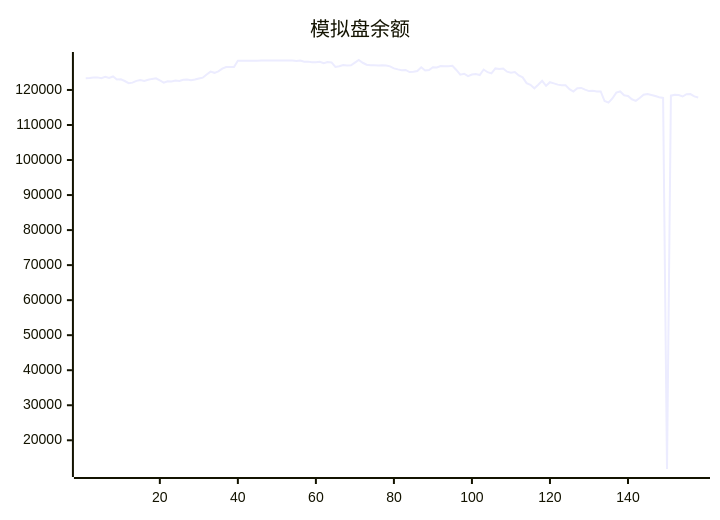
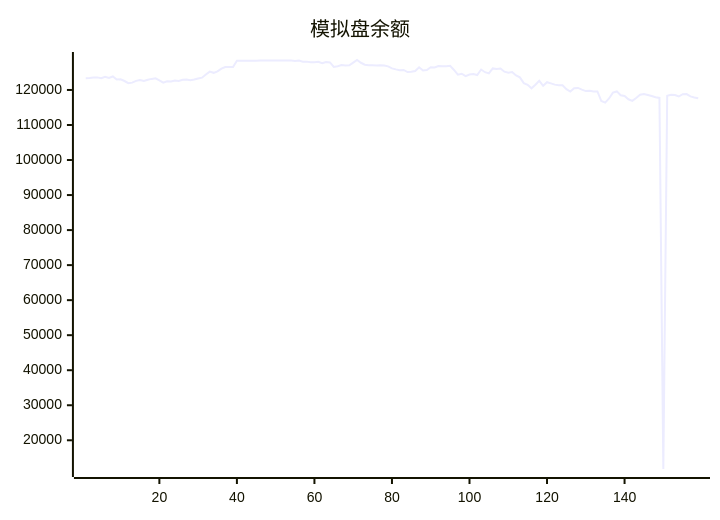
The diagram in README.md (aahl/ai-trading), drawn with Mermaid before and after one commit. The commit also changed other lines of this file and 1 other file, not shown here.

````diff
--- a/README.md
+++ b/README.md
@@ -5,5 +5,5 @@
 ```mermaid
 xychart
     title "模拟盘余额"
-    line [123338,123402,123530,123592,123378,123745,123413,123853,123009,123040,122557,121938,122095,122599,122856,122597,122898,123160,123319,122719,122087,122454,122416,122685,122592,122907,122961,122776,122981,123295,123507,124403,125224,124894,125303,126088,126544,126534,126549,128335,128318,128318,128318,128318,128318,128424,128424,128424,128424,128424,128424,128424,128424,128424,128247,128412,128062,128087,127917,127901,128026,127611,128000,127850,126572,126770,127100,126971,127029,127783,128554,127765,127224,127064,127044,127009,127025,127004,126738,126152,125871,125635,125707,125117,125217,125420,126480,125545,125715,126511,126424,126856,126764,126788,126890,125710,124381,124632,123936,124402,124574,124256,125833,125070,124739,126154,125966,126145,125213,124943,125143,124157,123604,121959,121476,120476,121470,122610,121201,122221,121889,121522,121332,121344,120232,119559,120513,120577,120108,119680,119777,119572,119568,116839,116392,117573,119250,119585,118469,118277,117338,116897,117706,118628,118849,118579,118280,117926,117735,11802,118373,118639,118544,118136,118798,118819,118162,117874]
+    line [123338,123402,123530,123592,123378,123745,123413,123853,123009,123040,122557,121938,122095,122599,122856,122597,122898,123160,123319,122719,122087,122454,122416,122685,122592,122907,122961,122776,122981,123295,123507,124403,125224,124894,125303,126088,126544,126534,126549,128335,128318,128318,128318,128318,128318,128424,128424,128424,128424,128424,128424,128424,128424,128424,128247,128412,128062,128087,127917,127901,128026,127611,128000,127850,126572,126770,127100,126971,127029,127783,128554,127765,127224,127064,127044,127009,127025,127004,126738,126152,125871,125635,125707,125117,125217,125420,126480,125545,125715,126511,126424,126856,126764,126788,126890,125710,124381,124632,123936,124402,124574,124256,125833,125070,124739,126154,125966,126145,125213,124943,125143,124157,123604,121959,121476,120476,121470,122610,121201,122221,121889,121522,121332,121344,120232,119559,120513,120577,120108,119680,119777,119572,119568,116839,116392,117573,119250,119585,118469,118277,117338,116897,117706,118628,118849,118579,118280,117926,117735,11802,118373,118639,118544,118136,118798,118819,118162,117874,117649]
 ```
````
